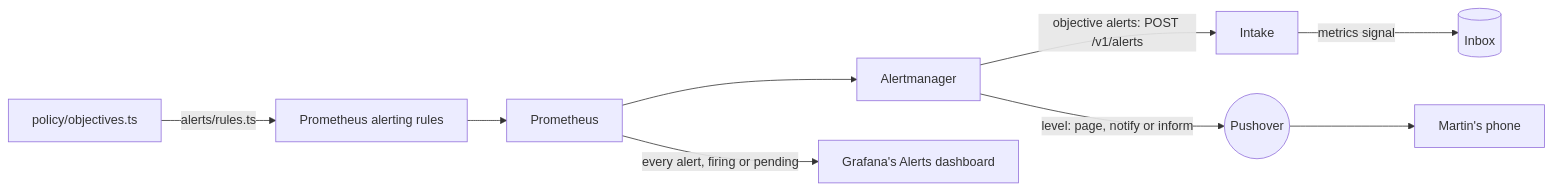
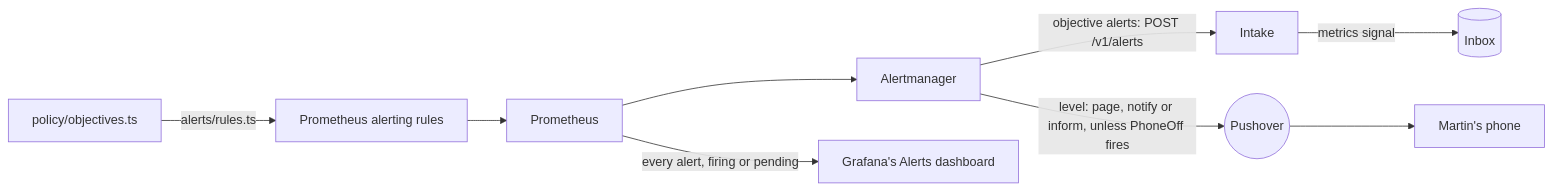
The diagram in docs/COMPONENTS/ALERTING.md (mrogan/cv-software-factory), drawn with Mermaid before and after one commit. The commit also changed other lines of this file and 99 other files, not shown here.

````diff
--- a/docs/COMPONENTS/ALERTING.md
+++ b/docs/COMPONENTS/ALERTING.md
@@ -8,10 +8,10 @@
 ```mermaid
 flowchart LR
   objectives["policy/objectives.ts"] -- alerts/rules.ts --> rules[Prometheus alerting rules]
   rules --> prometheus[Prometheus]
   prometheus --> alertmanager[Alertmanager]
   alertmanager -- "objective alerts: POST /v1/alerts" --> intake[Intake]
   intake -- metrics signal --> inbox[(Inbox)]
-  alertmanager -- "level: page, notify or inform" --> pushover((Pushover)) --> phone[Martin's phone]
+  alertmanager -- "level: page, notify or inform, unless PhoneOff fires" --> pushover((Pushover)) --> phone[Martin's phone]
   prometheus -- every alert, firing or pending --> grafana[Grafana's Alerts dashboard]
 ```
````
